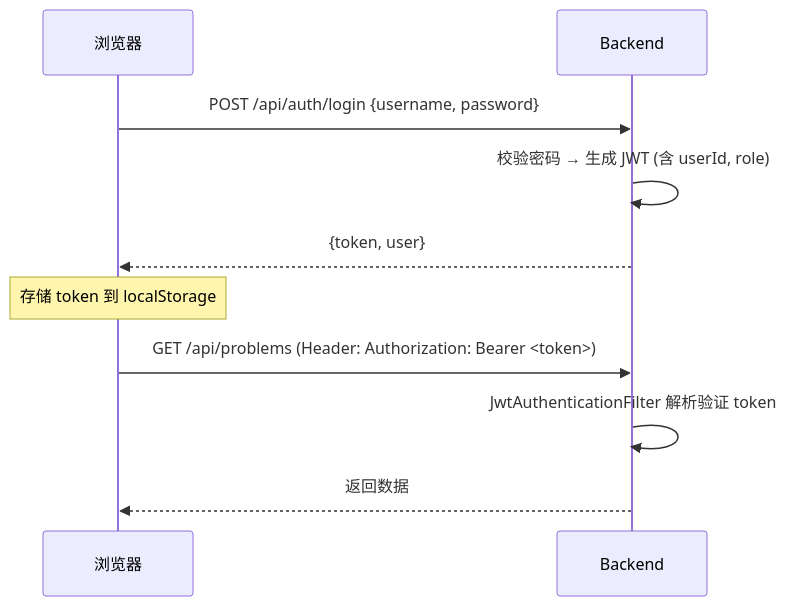
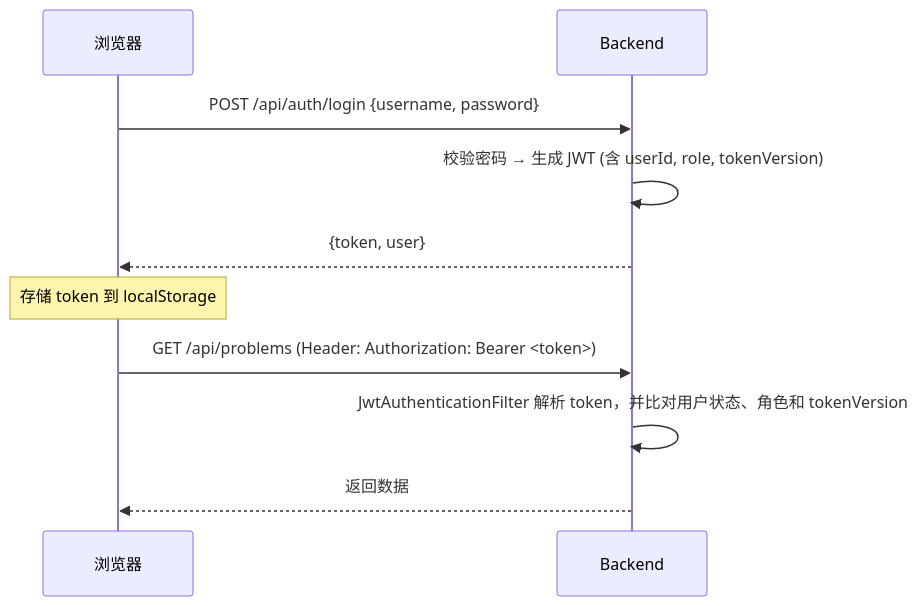
The fourth of 4 diagrams in docs/ARCHITECTURE.md (Aemeath233/local-oj), drawn with Mermaid before and after one commit. The commit also changed other lines of this file and 292 other files, not shown here.

````diff
--- a/docs/ARCHITECTURE.md
+++ b/docs/ARCHITECTURE.md
@@ -228,15 +231,15 @@
 ```mermaid
 sequenceDiagram
     participant C as 浏览器
     participant B as Backend
 
     C->>B: POST /api/auth/login {username, password}
-    B->>B: 校验密码 → 生成 JWT (含 userId, role)
+    B->>B: 校验密码 → 生成 JWT (含 userId, role, tokenVersion)
     B-->>C: {token, user}
 
     Note over C: 存储 token 到 localStorage
 
     C->>B: GET /api/problems (Header: Authorization: Bearer <token>)
-    B->>B: JwtAuthenticationFilter 解析验证 token
+    B->>B: JwtAuthenticationFilter 解析 token，并比对用户状态、角色和 tokenVersion
     B-->>C: 返回数据
 ```
````
